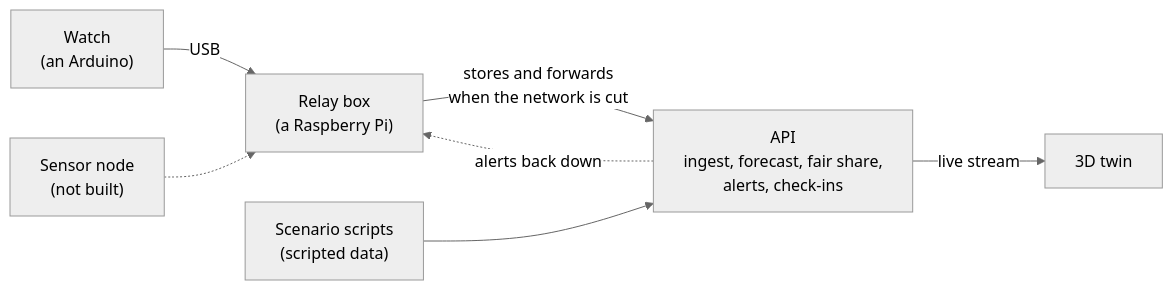
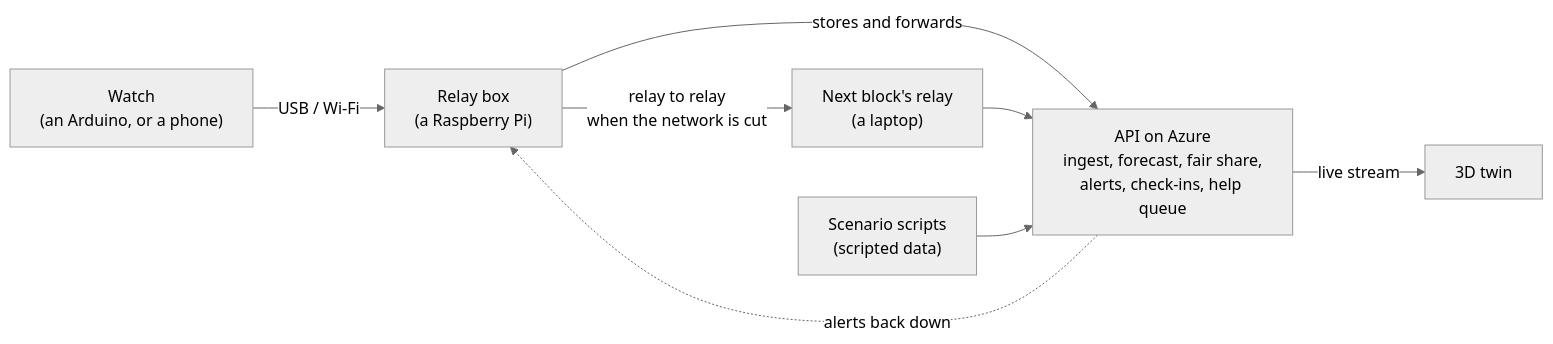
One commit to akshaya-pabbisetty/hollow-twin changed the diagram in README.md. Above: the diagram before and after it, drawn with Mermaid (neutral theme). The commit also changed other lines of this file and 11 other files, not shown here.

````diff
--- a/README.md
+++ b/README.md
@@ -46,9 +57,10 @@
 ```mermaid
 flowchart LR
-  W["Watch<br/>(an Arduino)"] -- "USB" --> R["Relay box<br/>(a Raspberry Pi)"]
-  S["Sensor node<br/>(not built)"] -.-> R
-  R -- "stores and forwards<br/>when the network is cut" --> A
-  X["Scenario scripts<br/>(scripted data)"] --> A["API<br/>ingest, forecast, fair share,<br/>alerts, check-ins"]
+  W["Watch<br/>(an Arduino, or a phone)"] -- "USB / Wi-Fi" --> R["Relay box<br/>(a Raspberry Pi)"]
+  R -- "relay to relay<br/>when the network is cut" --> R2["Next block's relay<br/>(a laptop)"]
+  R -- "stores and forwards" --> A
+  R2 --> A
+  X["Scenario scripts<br/>(scripted data)"] --> A["API on Azure<br/>ingest, forecast, fair share,<br/>alerts, check-ins, help queue"]
   A -- "live stream" --> T["3D twin"]
   A -. "alerts back down" .-> R
 ```
````
